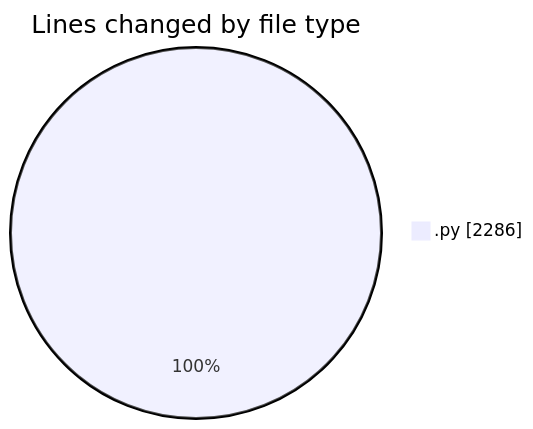
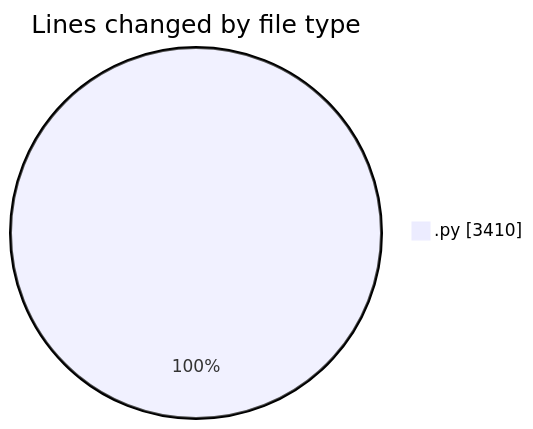
Before and after one commit to MatusMokan/code-tracking: the first of 2 diagrams in 2025-04-12/myws__workspace_/README.md, drawn with Mermaid. The commit also changed other lines of this file and 1 other file, not shown here.

````diff
--- a/2025-04-12/myws__workspace_/README.md
+++ b/2025-04-12/myws__workspace_/README.md
@@ -23,5 +24,5 @@
 ```mermaid
 pie showData
 title Lines changed by file type
-".py" : 2286
+".py" : 3410
 ```
````
